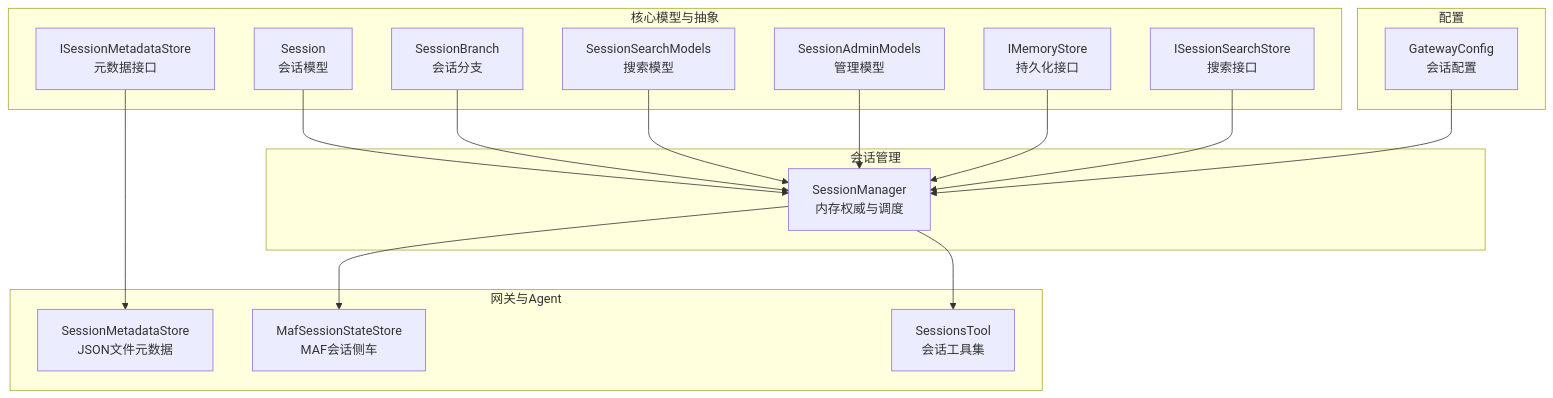
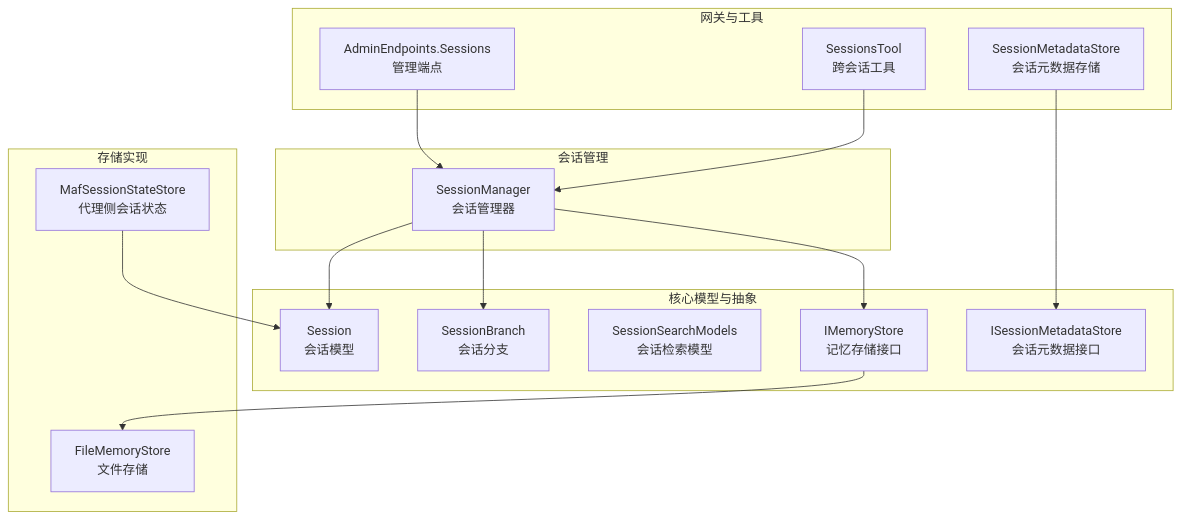
The first of 8 diagrams in .qoder/repowiki/zh/content/代理运行时/会话管理.md (wayyet/kingcrab), drawn with Mermaid before and after one commit. The commit also changed other lines of this file and 431 other files, not shown here.

````diff
--- a/.qoder/repowiki/zh/content/代理运行时/会话管理.md
+++ b/.qoder/repowiki/zh/content/代理运行时/会话管理.md
@@ -51,33 +43,30 @@
 ```mermaid
 graph TB
 subgraph "核心模型与抽象"
 A["Session<br/>会话模型"]
 B["SessionBranch<br/>会话分支"]
-C["SessionSearchModels<br/>搜索模型"]
-D["SessionAdminModels<br/>管理模型"]
-E["IMemoryStore<br/>持久化接口"]
-F["ISessionMetadataStore<br/>元数据接口"]
-G["ISessionSearchStore<br/>搜索接口"]
+C["SessionSearchModels<br/>会话检索模型"]
+D["IMemoryStore<br/>记忆存储接口"]
+E["ISessionMetadataStore<br/>会话元数据接口"]
 end
 subgraph "会话管理"
-H["SessionManager<br/>内存权威与调度"]
+F["SessionManager<br/>会话管理器"]
 end
-subgraph "网关与Agent"
-I["SessionMetadataStore<br/>JSON文件元数据"]
-J["MafSessionStateStore<br/>MAF会话侧车"]
-K["SessionsTool<br/>会话工具集"]
+subgraph "存储实现"
+G["FileMemoryStore<br/>文件存储"]
+H["MafSessionStateStore<br/>代理侧会话状态"]
 end
-subgraph "配置"
-L["GatewayConfig<br/>会话配置"]
+subgraph "网关与工具"
+I["AdminEndpoints.Sessions<br/>管理端点"]
+J["SessionsTool<br/>跨会话工具"]
+K["SessionMetadataStore<br/>会话元数据存储"]
 end
-A --> H
-B --> H
-C --> H
-D --> H
-E --> H
-F --> I
-G --> H
-H --> J
-H --> K
-L --> H
+F --> D
+F --> A
+F --> B
+D --> G
+I --> F
+J --> F
+K --> E
+H --> A
 ```
````
